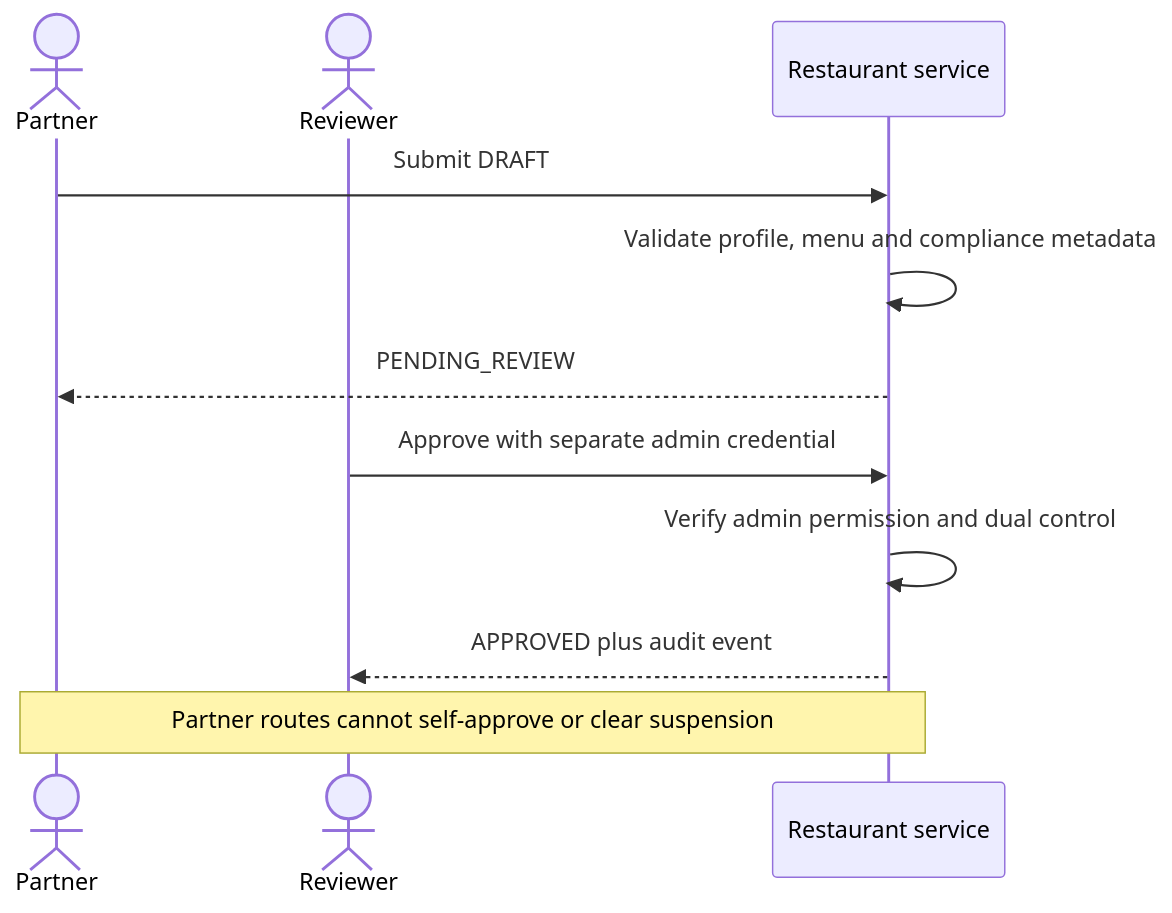
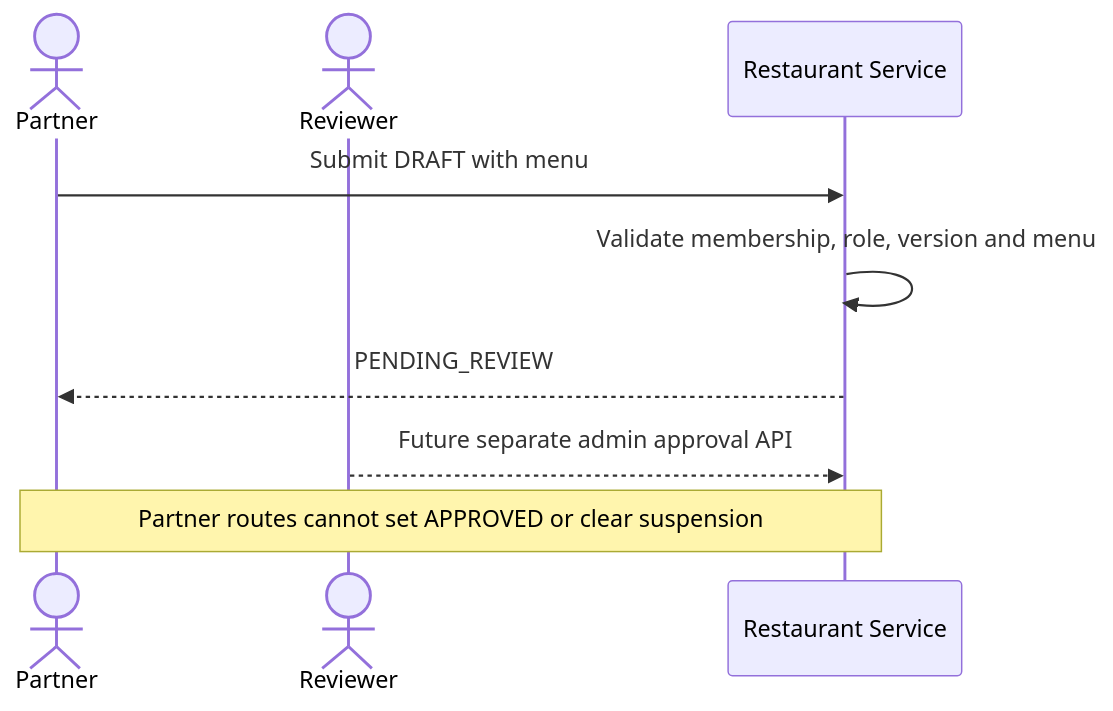
Before and after one commit to Pankil-Mevada/FoodService: the fourth of 4 diagrams in docs/PARTNER_PORTAL_SEQUENCES.md, drawn with Mermaid. The commit also changed other lines of this file and 27 other files, not shown here.

Commit message:
Implement secure restaurant partner backend

```diff
--- a/docs/PARTNER_PORTAL_SEQUENCES.md
+++ b/docs/PARTNER_PORTAL_SEQUENCES.md
@@ -29,13 +73,11 @@
 ~~~mermaid
 sequenceDiagram
  actor Partner
  actor Reviewer
- participant RS as Restaurant service
- Partner->>RS: Submit DRAFT
- RS->>RS: Validate profile, menu and compliance metadata
+ participant RS as Restaurant Service
+ Partner->>RS: Submit DRAFT with menu
+ RS->>RS: Validate membership, role, version and menu
  RS-->>Partner: PENDING_REVIEW
- Reviewer->>RS: Approve with separate admin credential
- RS->>RS: Verify admin permission and dual control
- RS-->>Reviewer: APPROVED plus audit event
- Note over Partner,RS: Partner routes cannot self-approve or clear suspension
+ Reviewer-->>RS: Future separate admin approval API
+ Note over Partner,RS: Partner routes cannot set APPROVED or clear suspension
 ~~~
```
